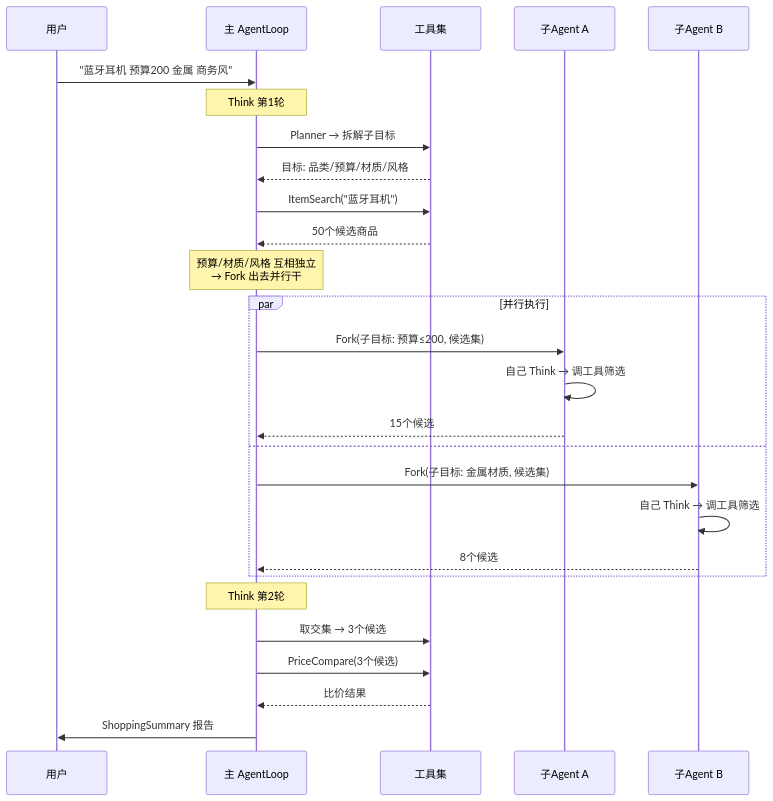
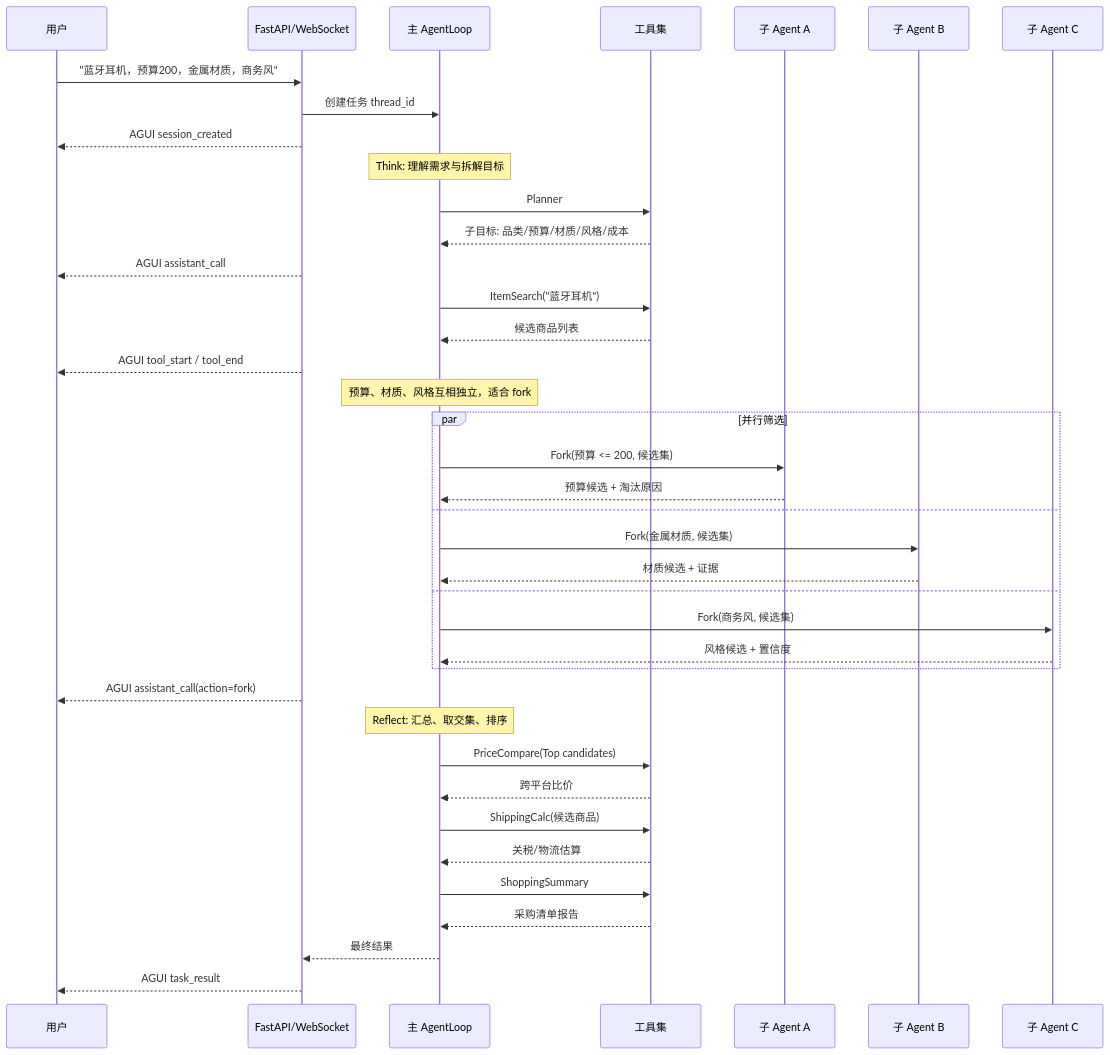
Before and after one commit to lzplsp666/glodex-agent: the second of 6 diagrams in docs/01-Agent架构设计.md, drawn with Mermaid. The commit also changed other lines of this file and 46 other files, not shown here.

````diff
--- a/docs/01-Agent架构设计.md
+++ b/docs/01-Agent架构设计.md
@@ -49,36 +94,48 @@
 ```mermaid
 sequenceDiagram
     participant U as 用户
+    participant API as FastAPI/WebSocket
     participant M as 主 AgentLoop
     participant T as 工具集
-    participant S1 as 子Agent A
-    participant S2 as 子Agent B
+    participant S1 as 子 Agent A
+    participant S2 as 子 Agent B
+    participant S3 as 子 Agent C
 
-    U->>M: "蓝牙耳机 预算200 金属 商务风"
+    U->>API: "蓝牙耳机，预算200，金属材质，商务风"
+    API->>M: 创建任务 thread_id
+    API-->>U: AGUI session_created
 
-    Note over M: Think 第1轮
-    M->>T: Planner → 拆解子目标
-    T-->>M: 目标: 品类/预算/材质/风格
+    Note over M: Think: 理解需求与拆解目标
+    M->>T: Planner
+    T-->>M: 子目标: 品类/预算/材质/风格/成本
+    API-->>U: AGUI assistant_call
 
     M->>T: ItemSearch("蓝牙耳机")
-    T-->>M: 50个候选商品
+    T-->>M: 候选商品列表
+    API-->>U: AGUI tool_start / tool_end
 
-    Note over M: 预算/材质/风格 互相独立<br/>→ Fork 出去并行干
+    Note over M: 预算、材质、风格互相独立，适合 fork
+    par 并行筛选
+        M->>S1: Fork(预算 <= 200, 候选集)
+        S1-->>M: 预算候选 + 淘汰原因
+    and
+        M->>S2: Fork(金属材质, 候选集)
+        S2-->>M: 材质候选 + 证据
+    and
+        M->>S3: Fork(商务风, 候选集)
+        S3-->>M: 风格候选 + 置信度
+    end
+    API-->>U: AGUI assistant_call(action=fork)
 
-    par 并行执行
-        M->>S1: Fork(子目标: 预算≤200, 候选集)
-        S1->>S1: 自己 Think → 调工具筛选
-        S1-->>M: 15个候选
-    and
-        M->>S2: Fork(子目标: 金属材质, 候选集)
-        S2->>S2: 自己 Think → 调工具筛选
-        S2-->>M: 8个候选
-    end
+    Note over M: Reflect: 汇总、取交集、排序
+    M->>T: PriceCompare(Top candidates)
+    T-->>M: 跨平台比价
 
-    Note over M: Think 第2轮
-    M->>T: 取交集 → 3个候选
-    M->>T: PriceCompare(3个候选)
-    T-->>M: 比价结果
+    M->>T: ShippingCalc(候选商品)
+    T-->>M: 关税/物流估算
 
-    M->>U: ShoppingSummary 报告
+    M->>T: ShoppingSummary
+    T-->>M: 采购清单报告
+    M-->>API: 最终结果
+    API-->>U: AGUI task_result
 ```
````
